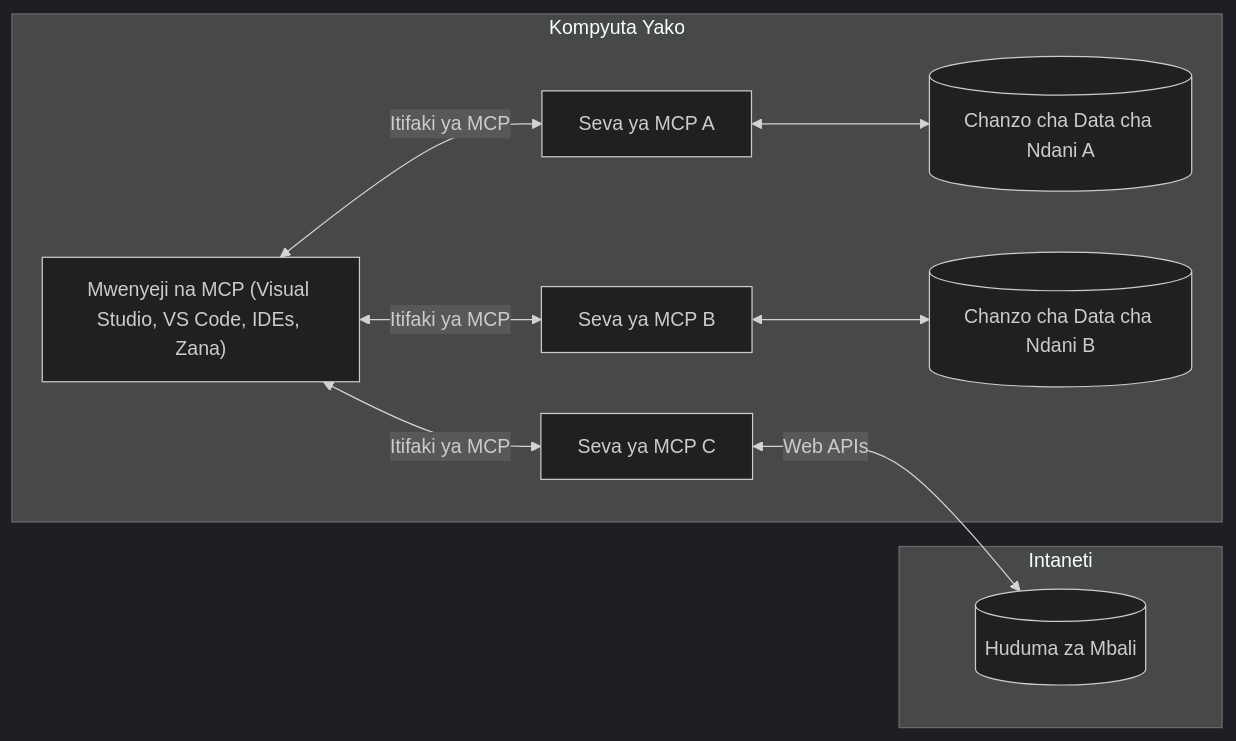
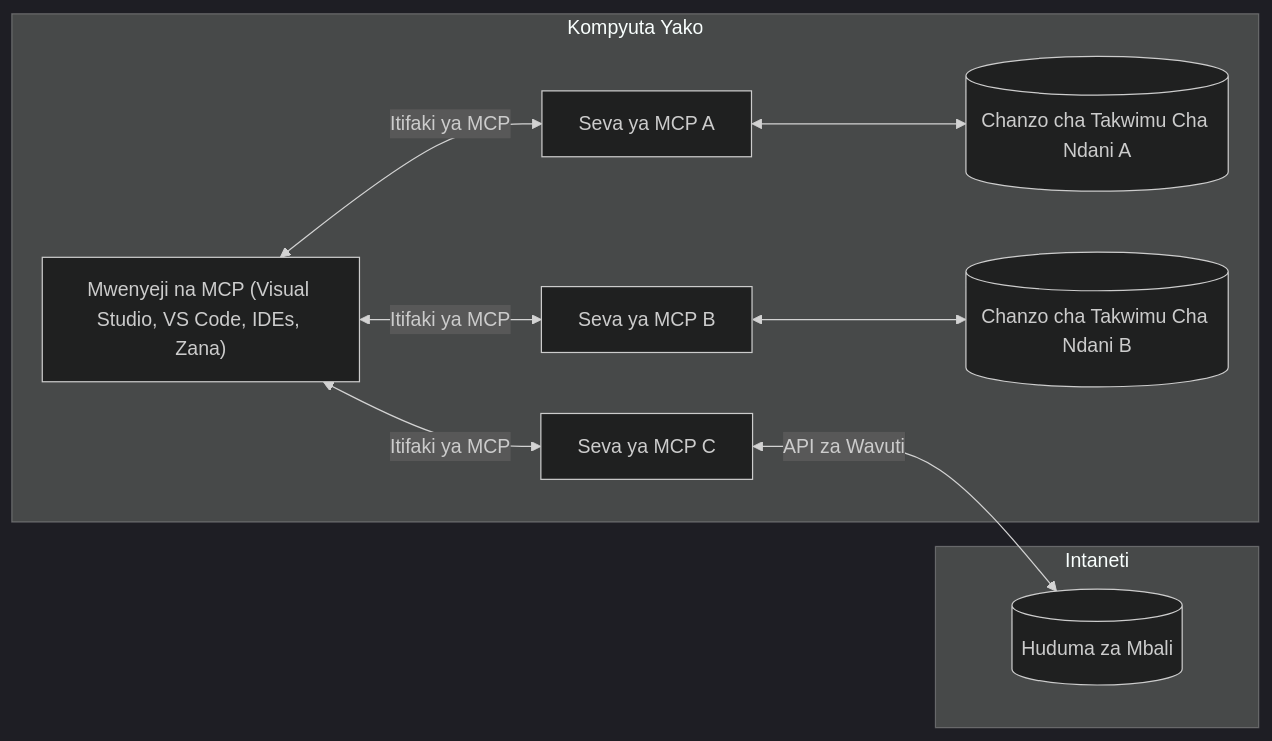
Before and after one commit to Mu-L/mcp-for-beginners: the diagram in translations/sw/01-CoreConcepts/README.md, drawn with Mermaid (dark theme). The commit also changed other lines of this file and 5 other files, not shown here.

````diff
--- a/translations/sw/01-CoreConcepts/README.md
+++ b/translations/sw/01-CoreConcepts/README.md
@@ -45,17 +45,17 @@
 ```mermaid
 flowchart LR
     subgraph "Kompyuta Yako"
         Host["Mwenyeji na MCP (Visual Studio, VS Code, IDEs, Zana)"]
         S1["Seva ya MCP A"]
         S2["Seva ya MCP B"]
         S3["Seva ya MCP C"]
         Host <-->|"Itifaki ya MCP"| S1
         Host <-->|"Itifaki ya MCP"| S2
         Host <-->|"Itifaki ya MCP"| S3
-        S1 <--> D1[("Chanzo cha Data cha Ndani A")]
-        S2 <--> D2[("Chanzo cha Data cha Ndani B")]
+        S1 <--> D1[("Chanzo cha Takwimu Cha Ndani A")]
+        S2 <--> D2[("Chanzo cha Takwimu Cha Ndani B")]
     end
     subgraph "Intaneti"
-        S3 <-->|"Web APIs"| D3[("Huduma za Mbali")]
+        S3 <-->|"API za Wavuti"| D3[("Huduma za Mbali")]
     end
 ```
````
